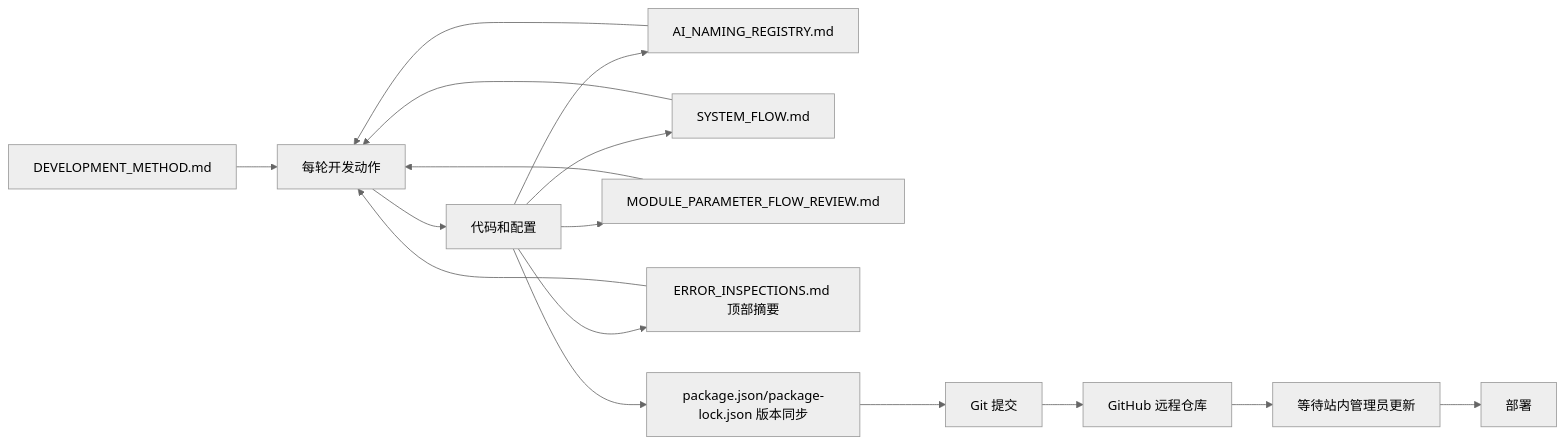
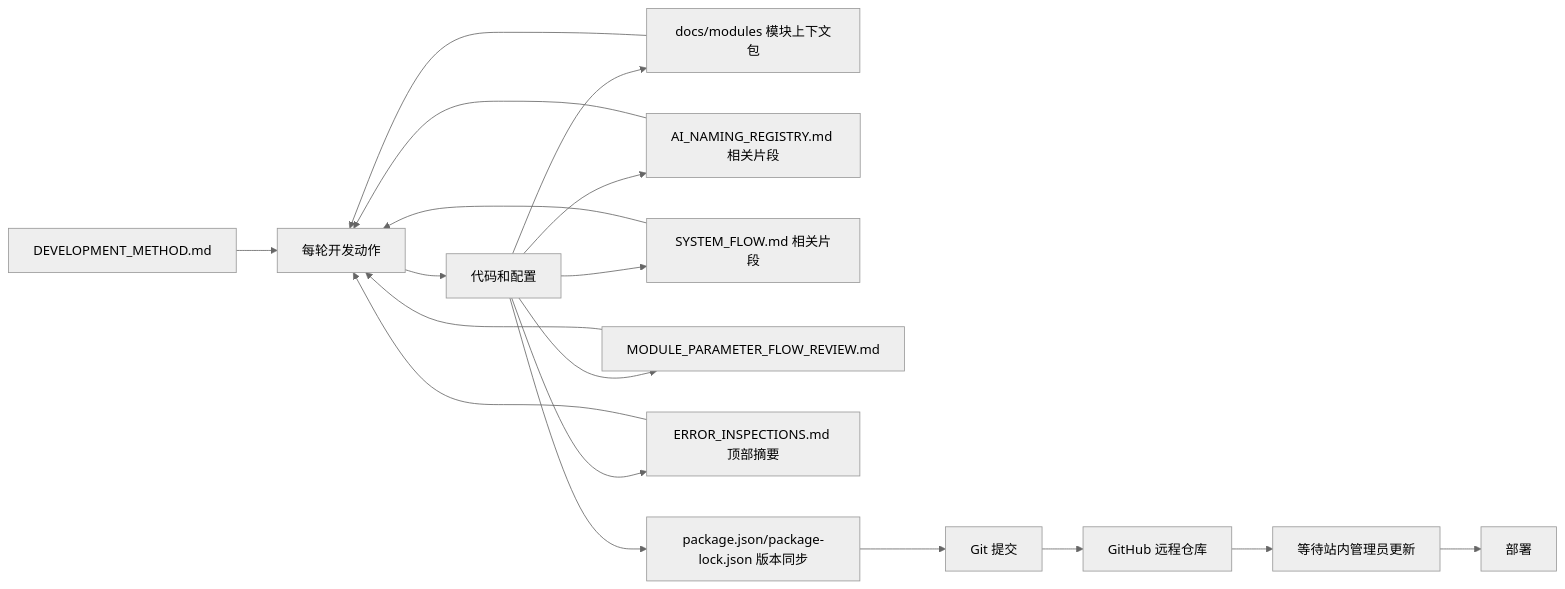
Before and after one commit to ttmanthatman/virtual-human-flow: the second of 31 diagrams in docs/SYSTEM_FLOW.md, drawn with Mermaid (neutral theme). The commit also changed other lines of this file and 14 other files, not shown here.

````diff
--- a/docs/SYSTEM_FLOW.md
+++ b/docs/SYSTEM_FLOW.md
@@ -67,18 +79,20 @@
 ```mermaid
 flowchart LR
     DM[DEVELOPMENT_METHOD.md] --> WORK[每轮开发动作]
-    NR[AI_NAMING_REGISTRY.md] --> WORK
-    SF[SYSTEM_FLOW.md] --> WORK
+    MI[docs/modules 模块上下文包] --> WORK
+    NR[AI_NAMING_REGISTRY.md 相关片段] --> WORK
+    SF[SYSTEM_FLOW.md 相关片段] --> WORK
     MPR[MODULE_PARAMETER_FLOW_REVIEW.md] --> WORK
     EI[ERROR_INSPECTIONS.md 顶部摘要] --> WORK
     WORK --> CODE[代码和配置]
+    CODE --> MI
     CODE --> NR
     CODE --> SF
     CODE --> MPR
     CODE --> EI
     CODE --> VER[package.json/package-lock.json 版本同步]
     VER --> GIT[Git 提交]
     GIT --> GH[GitHub 远程仓库]
     GH --> WAIT[等待站内管理员更新]
     WAIT --> VPS[<production-domain> 部署]
 ```
````
